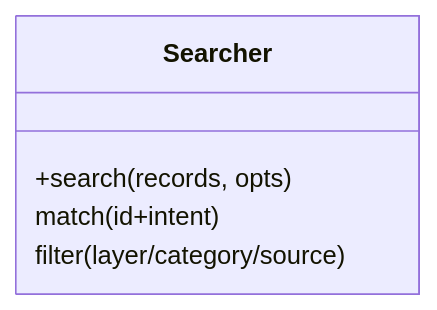
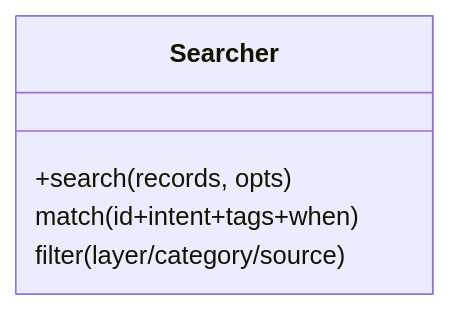
The second of 4 diagrams in atoms/atom.registry.search.atom.md (ZiFan1117/dsh-atom-market), drawn with Mermaid before and after one commit. The commit also changed other lines of this file and 7 other files, not shown here.

First line of the commit message:
feat: atom_search 纳入 tags/when_to_use 召回 + v0.1.3 (#4)

````diff
--- a/atoms/atom.registry.search.atom.md
+++ b/atoms/atom.registry.search.atom.md
@@ -35,6 +35,6 @@
 ```mermaid
 classDiagram
 class Searcher { +search(records, opts) }
-Searcher : match(id+intent)
+Searcher : match(id+intent+tags+when)
 Searcher : filter(layer/category/source)
 ```
````
